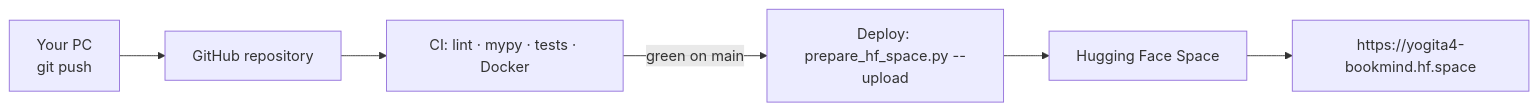
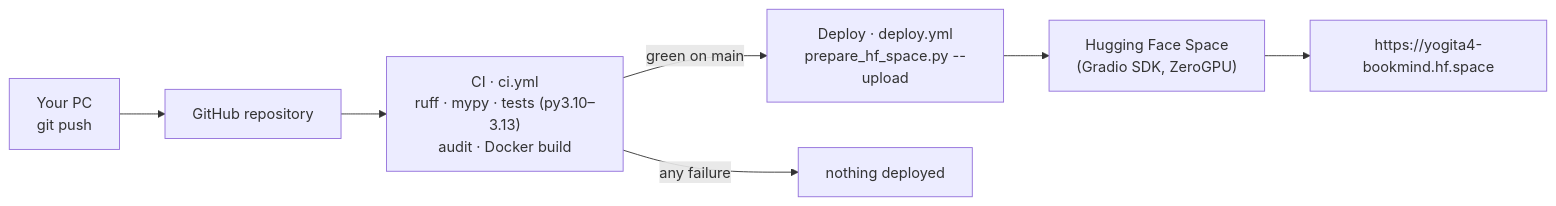
One commit to YogitaPatil5/hybrid_book_recommender changed the diagram in docs/DEPLOY_HUGGINGFACE.md. Above: the diagram before and after it, drawn with Mermaid. The commit also changed other lines of this file and 13 other files, not shown here.

````diff
--- a/docs/DEPLOY_HUGGINGFACE.md
+++ b/docs/DEPLOY_HUGGINGFACE.md
@@ -149,8 +21,9 @@
 ```mermaid
 flowchart LR
     PC["Your PC<br/>git push"] --> GH["GitHub repository"]
-    GH --> CI["CI: lint · mypy · tests · Docker"]
-    CI -->|"green on main"| CD["Deploy: prepare_hf_space.py --upload"]
-    CD --> HF["Hugging Face Space"]
+    GH --> CI["CI · ci.yml<br/>ruff · mypy · tests (py3.10–3.13)<br/>audit · Docker build"]
+    CI -->|"green on main"| CD["Deploy · deploy.yml<br/>prepare_hf_space.py --upload"]
+    CI -->|"any failure"| STOP["nothing deployed"]
+    CD --> HF["Hugging Face Space<br/>(Gradio SDK, ZeroGPU)"]
     HF --> APP["https://yogita4-bookmind.hf.space"]
 ```
````
